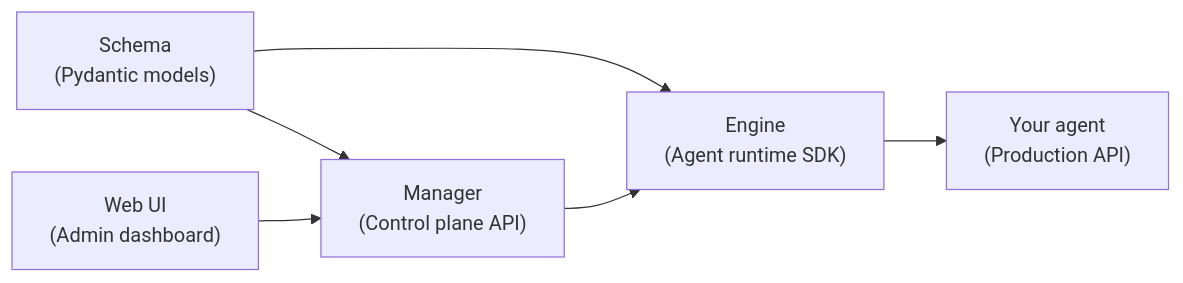
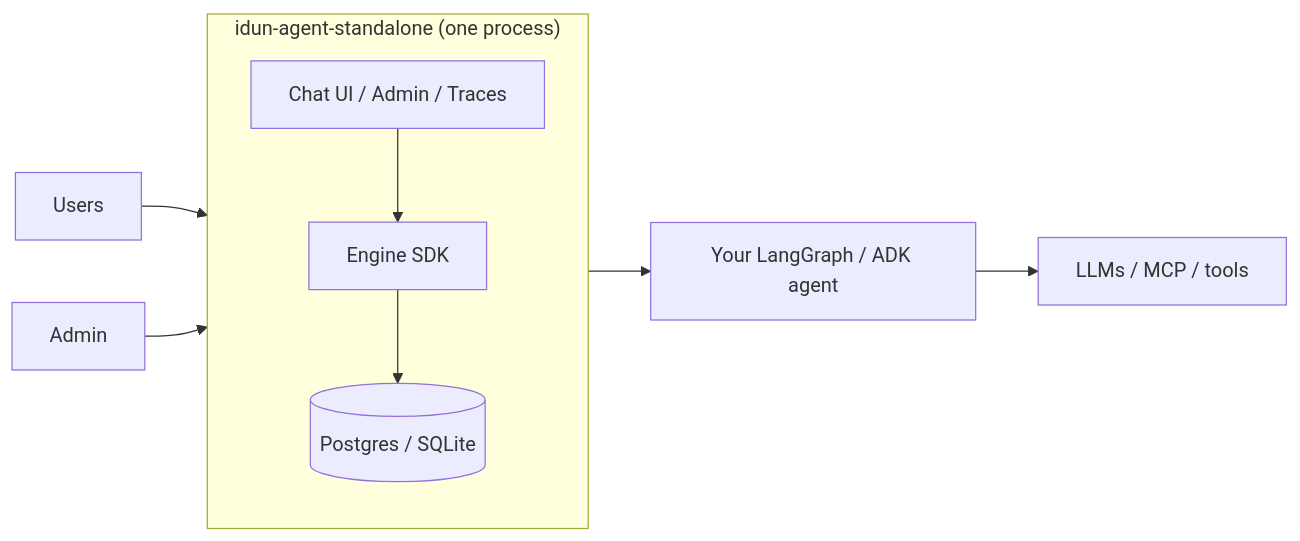
One commit to Idun-Group/idun-agent-platform changed the first of 2 diagrams in docs/architecture.mdx. Above: the diagram before and after it, drawn with Mermaid. The commit also changed other lines of this file and 1431 other files, not shown here.

````diff
--- a/docs/architecture.mdx
+++ b/docs/architecture.mdx
@@ -11,8 +11,12 @@
 ```mermaid
-graph LR
-    Schema["Schema\n(Pydantic models)"] --> Manager["Manager\n(Control plane API)"]
-    Schema --> Engine["Engine\n(Agent runtime SDK)"]
-    Manager --> Engine
-    Web["Web UI\n(Admin dashboard)"] --> Manager
-    Engine --> Agent["Your agent\n(Production API)"]
+flowchart LR
+  subgraph Idun["idun-agent-standalone (one process)"]
+    direction TB
+    UI["Chat UI / Admin / Traces"] --> ENG["Engine SDK"]
+    ENG --> DB[(Postgres / SQLite)]
+  end
+  Users --> UI
+  Admin --> UI
+  ENG --> Agent["Your LangGraph / ADK agent"]
+  Agent --> LLM["LLMs / MCP / tools"]
 ```
````
